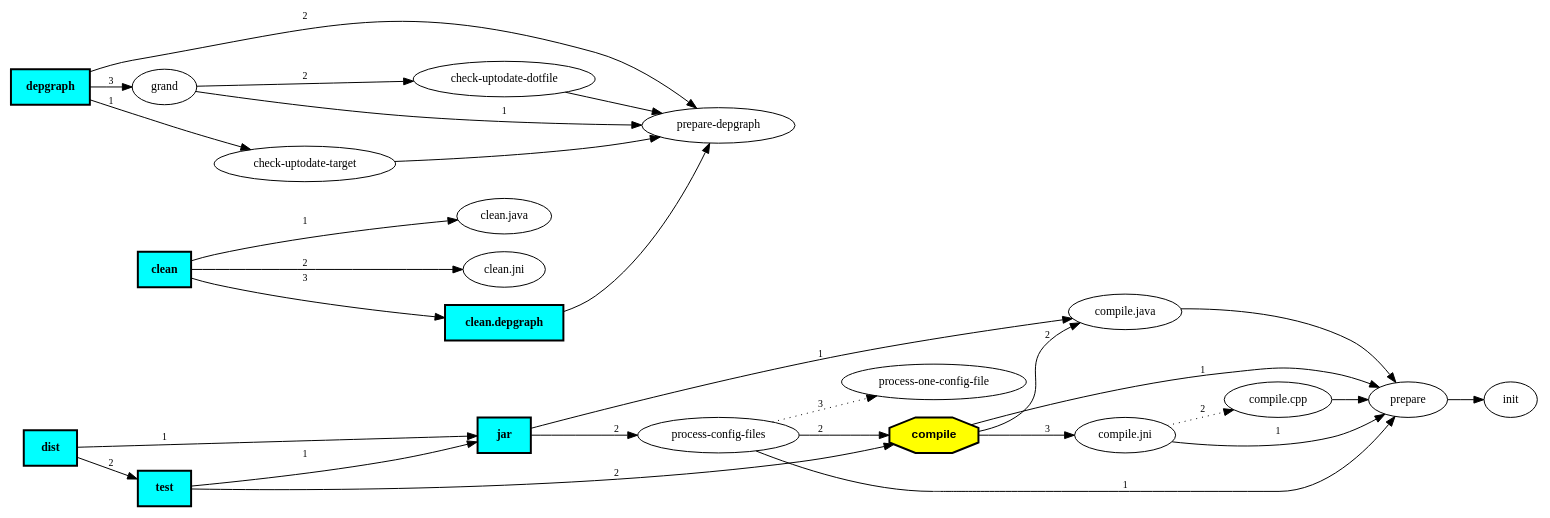
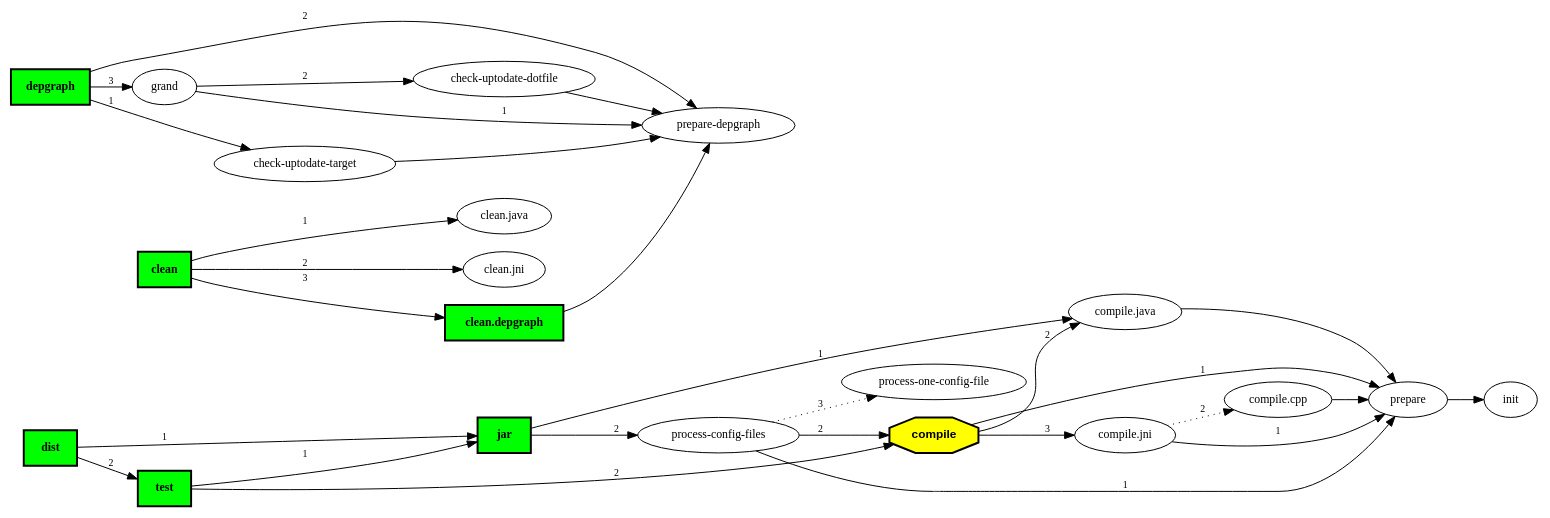
Before and after one commit to Ant-Grand/Grand: the diagram in src/etc/testcases/build-complex.dot, drawn with Graphviz. The commit also changed 6 other files, not shown here.

Commit message:
Use standard colour names, replace cyan with milder lime

```diff
--- a/src/etc/testcases/build-complex.dot
+++ b/src/etc/testcases/build-complex.dot
@@ -1,73 +1,73 @@
 digraph "Grand complex build file" {
 graph [rankdir="LR"];
 node [fontsize="12"];
 edge [fontsize="10"];
 "compile" [shape=octagon,fillcolor="yellow",style="filled,bold",fontname="Helvetica-Bold",comment="Compile the source files"];
 "compile" -> "prepare" [label="1"];
 "compile" -> "compile.java" [label="2"];
 "compile" -> "compile.jni" [label="3"];
 
 "prepare"
 "prepare" -> "init";
 
 "check-uptodate-dotfile"
 "check-uptodate-dotfile" -> "prepare-depgraph";
 
-"jar" [shape=box,fillcolor="cyan",style="filled,bold",fontname="Times-Bold",comment="Create jar files for the java classes"];
+"jar" [shape=box,fillcolor="lime",style="filled,bold",fontname="Times-Bold",comment="Create jar files for the java classes"];
 "jar" -> "compile.java" [label="1"];
 "jar" -> "process-config-files" [label="2"];
 
 "prepare-depgraph"
 
 "compile.jni"
 "compile.jni" -> "prepare" [label="1"];
 "compile.jni" -> "compile.cpp" [label="2", fontsize="10",style="dotted"];
 
 "process-config-files"
 "process-config-files" -> "prepare" [label="1"];
 "process-config-files" -> "compile" [label="2"];
 "process-config-files" -> "process-one-config-file" [label="3", fontsize="10",style="dotted"];
 
 "grand"
 "grand" -> "prepare-depgraph" [label="1"];
 "grand" -> "check-uptodate-dotfile" [label="2"];
 
 "compile.java"
 "compile.java" -> "prepare";
 
 "clean.java"
 
-"dist" [shape=box,fillcolor="cyan",style="filled,bold",fontname="Times-Bold",comment="Prepare the distribution"];
+"dist" [shape=box,fillcolor="lime",style="filled,bold",fontname="Times-Bold",comment="Prepare the distribution"];
 "dist" -> "jar" [label="1"];
 "dist" -> "test" [label="2"];
 
 "check-uptodate-target"
 "check-uptodate-target" -> "prepare-depgraph";
 
-"clean" [shape=box,fillcolor="cyan",style="filled,bold",fontname="Times-Bold",comment="Remove intermediate files"];
+"clean" [shape=box,fillcolor="lime",style="filled,bold",fontname="Times-Bold",comment="Remove intermediate files"];
 "clean" -> "clean.java" [label="1"];
 "clean" -> "clean.jni" [label="2"];
 "clean" -> "clean.depgraph" [label="3"];
 
-"depgraph" [shape=box,fillcolor="cyan",style="filled,bold",fontname="Times-Bold",comment="Creates a PostScript dependency graph"];
+"depgraph" [shape=box,fillcolor="lime",style="filled,bold",fontname="Times-Bold",comment="Creates a PostScript dependency graph"];
 "depgraph" -> "check-uptodate-target" [label="1"];
 "depgraph" -> "prepare-depgraph" [label="2"];
 "depgraph" -> "grand" [label="3"];
 
 "init"
 
-"test" [shape=box,fillcolor="cyan",style="filled,bold",fontname="Times-Bold",comment="Run the unit tests"];
+"test" [shape=box,fillcolor="lime",style="filled,bold",fontname="Times-Bold",comment="Run the unit tests"];
 "test" -> "jar" [label="1"];
 "test" -> "compile" [label="2"];
 
 "process-one-config-file"
 
-"clean.depgraph" [shape=box,fillcolor="cyan",style="filled,bold",fontname="Times-Bold",comment="Remove dependency graph intermediate files."];
+"clean.depgraph" [shape=box,fillcolor="lime",style="filled,bold",fontname="Times-Bold",comment="Remove dependency graph intermediate files."];
 "clean.depgraph" -> "prepare-depgraph";
 
 "clean.jni"
 
 "compile.cpp"
 "compile.cpp" -> "prepare";
 
 }
```
